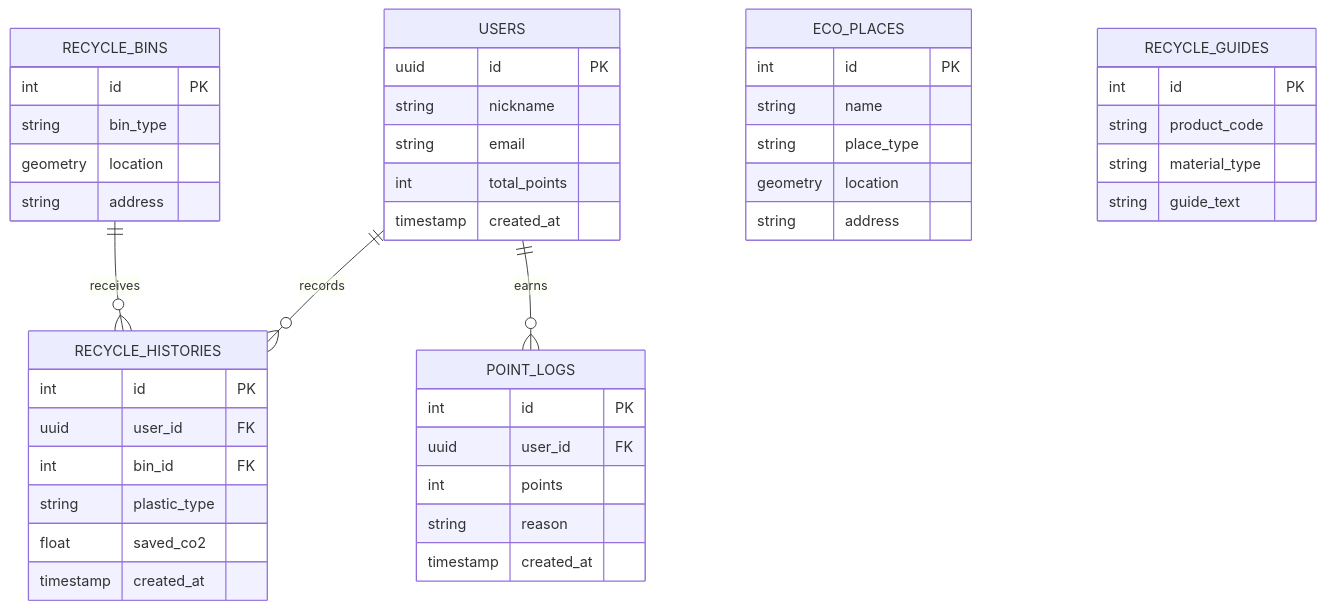
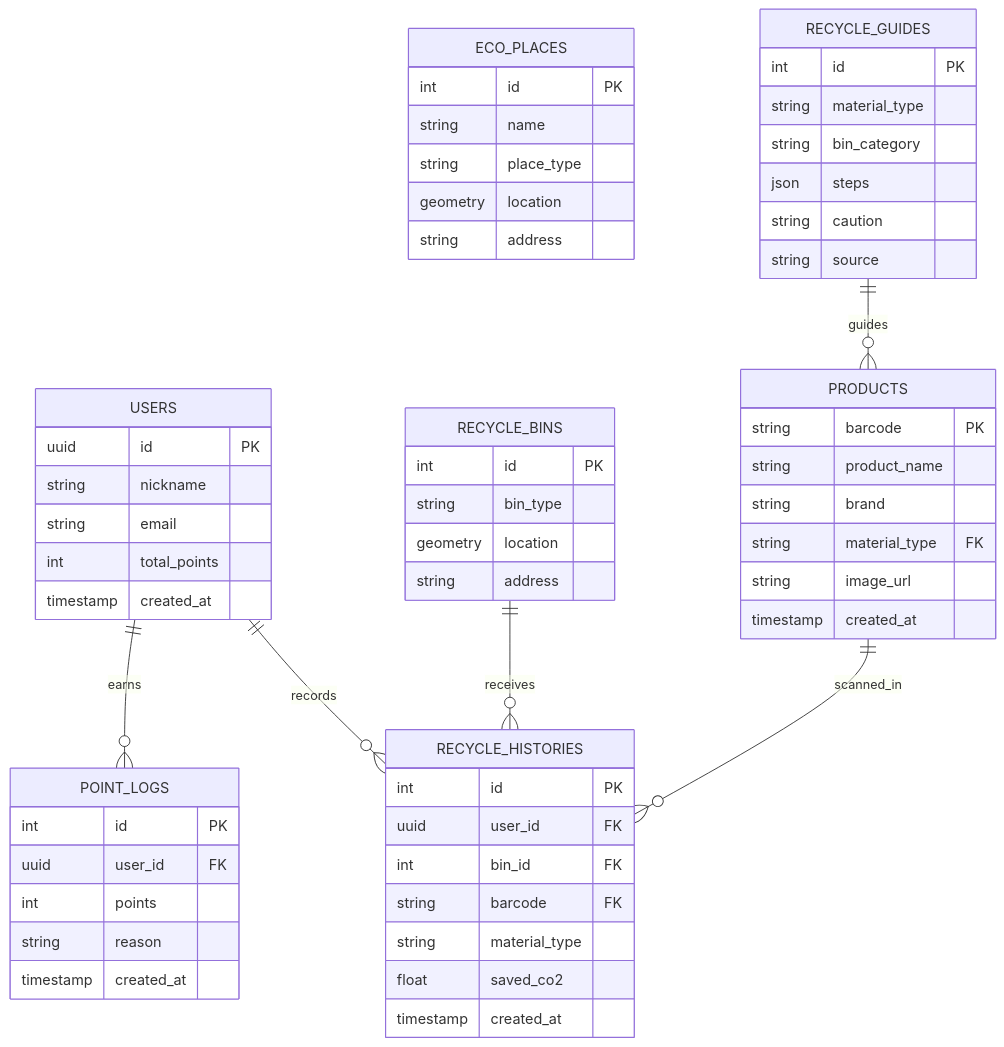
Before and after one commit to iNtuitionP/ecomap: the third of 3 diagrams in README.md, drawn with Mermaid. The commit also changed other lines of this file, not shown here.

````diff
--- a/README.md
+++ b/README.md
@@ -143,53 +214,67 @@
 ```mermaid
 erDiagram
     USERS {
         uuid id PK
         string nickname
         string email
         int total_points
         timestamp created_at
     }
 
     RECYCLE_BINS {
         int id PK
         string bin_type
         geometry location
         string address
     }
 
     ECO_PLACES {
         int id PK
         string name
         string place_type
         geometry location
         string address
     }
 
+    PRODUCTS {
+        string barcode PK
+        string product_name
+        string brand
+        string material_type FK
+        string image_url
+        timestamp created_at
+    }
+
     RECYCLE_GUIDES {
         int id PK
-        string product_code
         string material_type
-        string guide_text
+        string bin_category
+        json steps
+        string caution
+        string source
     }
 
     RECYCLE_HISTORIES {
         int id PK
         uuid user_id FK
         int bin_id FK
-        string plastic_type
+        string barcode FK
+        string material_type
         float saved_co2
         timestamp created_at
     }
 
     POINT_LOGS {
         int id PK
         uuid user_id FK
         int points
         string reason
         timestamp created_at
     }
 
     USERS ||--o{ RECYCLE_HISTORIES : records
     USERS ||--o{ POINT_LOGS : earns
     RECYCLE_BINS ||--o{ RECYCLE_HISTORIES : receives
+    PRODUCTS ||--o{ RECYCLE_HISTORIES : scanned_in
+    RECYCLE_GUIDES ||--o{ PRODUCTS : guides
 ```
````
